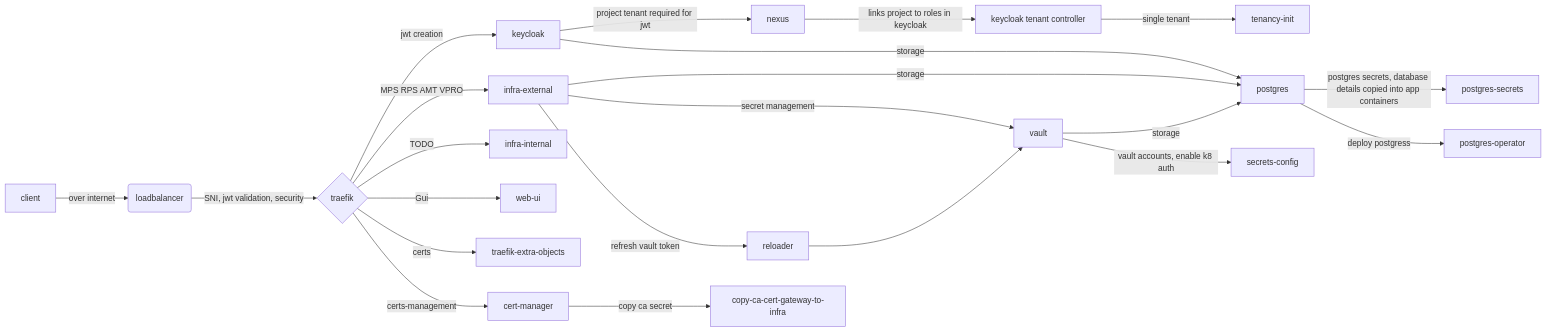
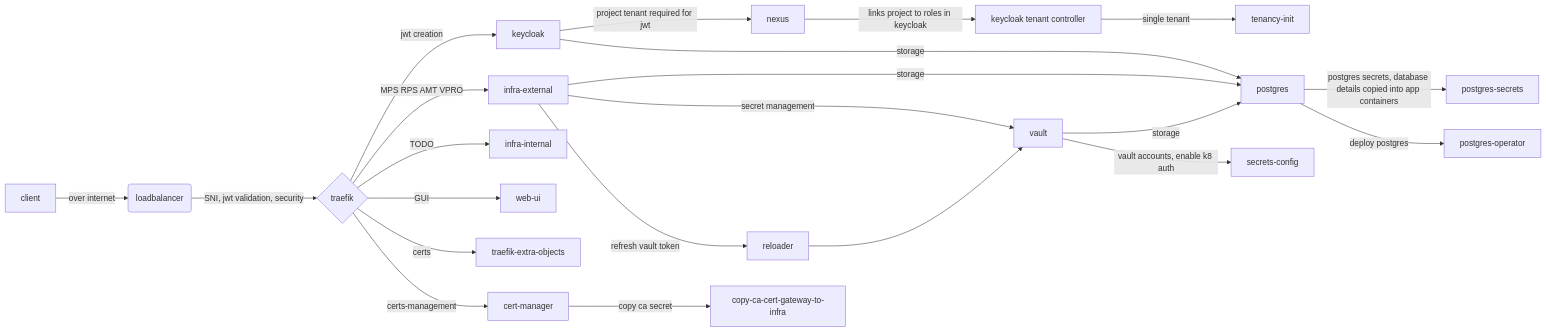
The diagram in design-proposals/vpro-profile-simplification.md (open-edge-platform/edge-manageability-framework), drawn with Mermaid before and after one commit. The commit also changed other lines of this file, not shown here.

Commit message:
describe complications in MetalLB and Traefik removal

````diff
--- a/design-proposals/vpro-profile-simplification.md
+++ b/design-proposals/vpro-profile-simplification.md
@@ -17,25 +17,25 @@
 ```mermaid
 flowchart LR
 
 A[client] -->|over internet| loadbalancer(loadbalancer)
 loadbalancer -->|SNI, jwt validation, security| traefik{traefik}
 traefik -->|jwt creation| keycloak[keycloak]
 traefik -->|MPS RPS AMT VPRO| infra-external[infra-external]
 traefik -->|TODO| infra-internal[infra-internal]
-traefik -->|Gui| web-ui[web-ui]
+traefik -->|GUI| web-ui[web-ui]
 traefik -->|certs| traefik-extra-objects[traefik-extra-objects]
 traefik -->|certs-management| cert-manager[cert-manager]
 cert-manager --> |copy ca secret| copy-ca-cert-gateway-to-infra[copy-ca-cert-gateway-to-infra]
 keycloak -->|project tenant required for jwt| nexus[nexus]
 keycloak -->|storage| postgres[postgres]
 nexus -->|links project to roles in keycloak| ktc[keycloak tenant controller]
 ktc -->|single tenant| tenancy-init[tenancy-init]
 infra-external -->|storage| postgres[postgres]
 infra-external -->|secret management| vault[vault]
 infra-external -->|refresh vault token| reloader
 reloader --> vault[vault]
 vault -->|storage| postgres[postgres]
 vault -->|vault accounts, enable k8 auth| secrets-config[secrets-config]
 postgres -->|postgres secrets, database details copied into app containers| postgres-secrets[postgres-secrets]
-postgres -->|deploy postgress| postgres-operator[postgres-operator]
+postgres -->|deploy postgres| postgres-operator[postgres-operator]
 ```
````
